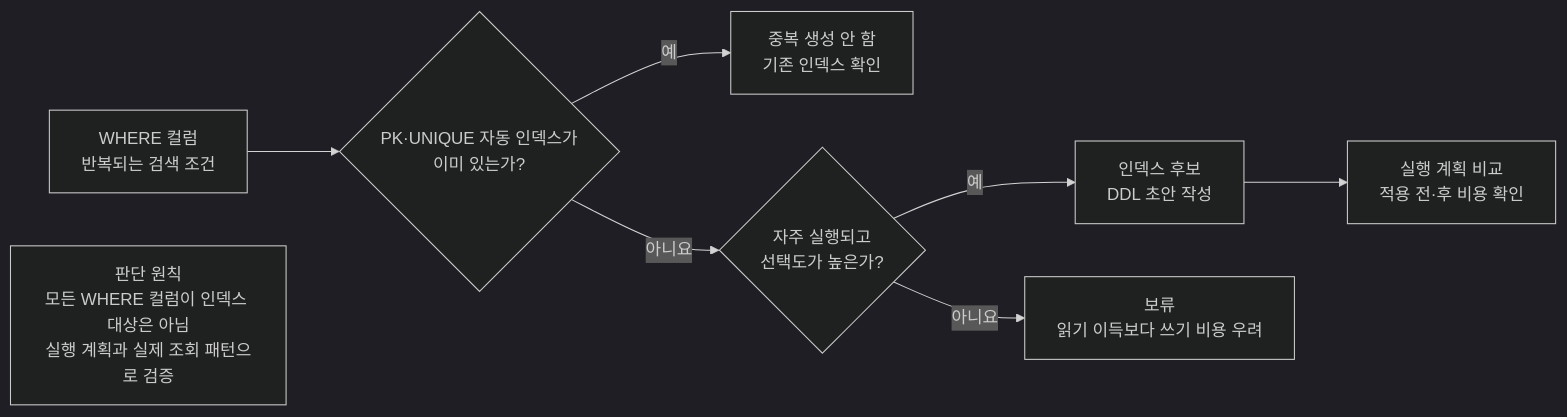
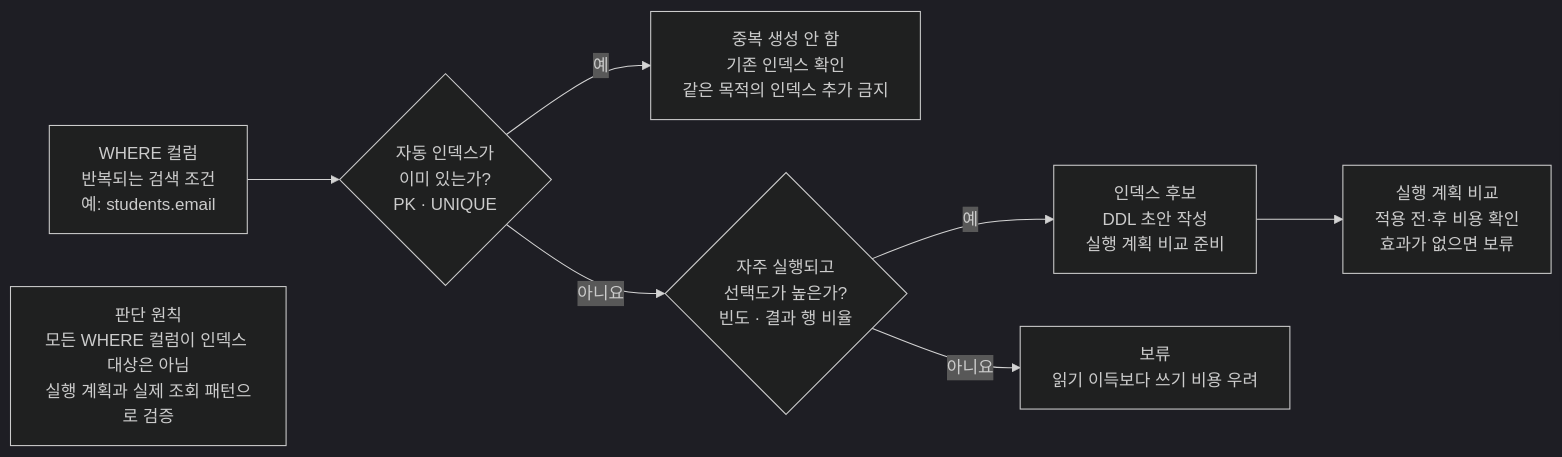
One commit to GilbertMoon/ai-database-book changed the diagram in images/chapter10/ch10_03_where_index_candidate.mmd. Above: the diagram before and after it, drawn with Mermaid (dark theme).

Commit message:
Sync Mermaid source for Chapter 10 WHERE index candidate

```diff
--- a/images/chapter10/ch10_03_where_index_candidate.mmd
+++ b/images/chapter10/ch10_03_where_index_candidate.mmd
@@ -1,8 +1,8 @@
 flowchart LR
-    A[WHERE 컬럼<br/>반복되는 검색 조건] --> B{PK·UNIQUE 자동 인덱스가<br/>이미 있는가?}
-    B -- 예 --> C[중복 생성 안 함<br/>기존 인덱스 확인]
-    B -- 아니요 --> D{자주 실행되고<br/>선택도가 높은가?}
-    D -- 예 --> E[인덱스 후보<br/>DDL 초안 작성]
-    E --> G[실행 계획 비교<br/>적용 전·후 비용 확인]
-    D -- 아니요 --> F[보류<br/>읽기 이득보다 쓰기 비용 우려]
-    H[판단 원칙<br/>모든 WHERE 컬럼이 인덱스 대상은 아님<br/>실행 계획과 실제 조회 패턴으로 검증]
+    A["WHERE 컬럼<br/>반복되는 검색 조건<br/>예: students.email"] --> B{"자동 인덱스가<br/>이미 있는가?<br/>PK · UNIQUE"}
+    B -- 예 --> C["중복 생성 안 함<br/>기존 인덱스 확인<br/>같은 목적의 인덱스 추가 금지"]
+    B -- 아니요 --> D{"자주 실행되고<br/>선택도가 높은가?<br/>빈도 · 결과 행 비율"}
+    D -- 예 --> E["인덱스 후보<br/>DDL 초안 작성<br/>실행 계획 비교 준비"]
+    E --> G["실행 계획 비교<br/>적용 전·후 비용 확인<br/>효과가 없으면 보류"]
+    D -- 아니요 --> F["보류<br/>읽기 이득보다 쓰기 비용 우려"]
+    H["판단 원칙<br/>모든 WHERE 컬럼이 인덱스 대상은 아님<br/>실행 계획과 실제 조회 패턴으로 검증"]
```
